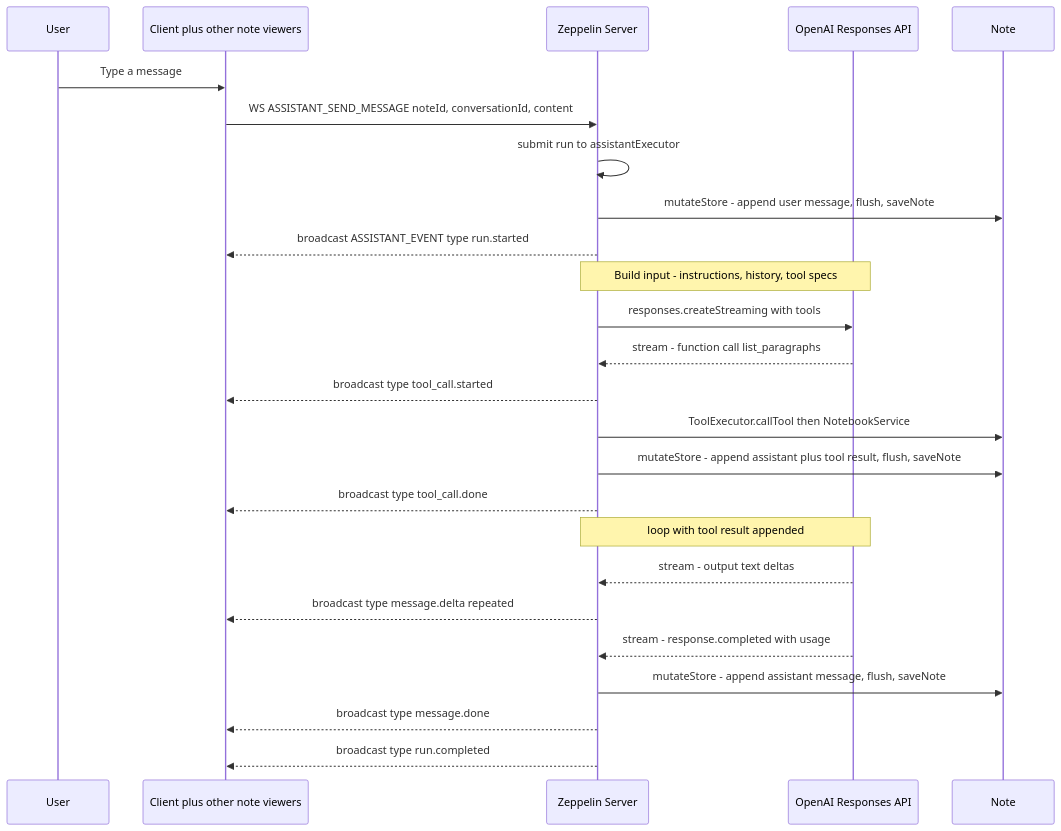
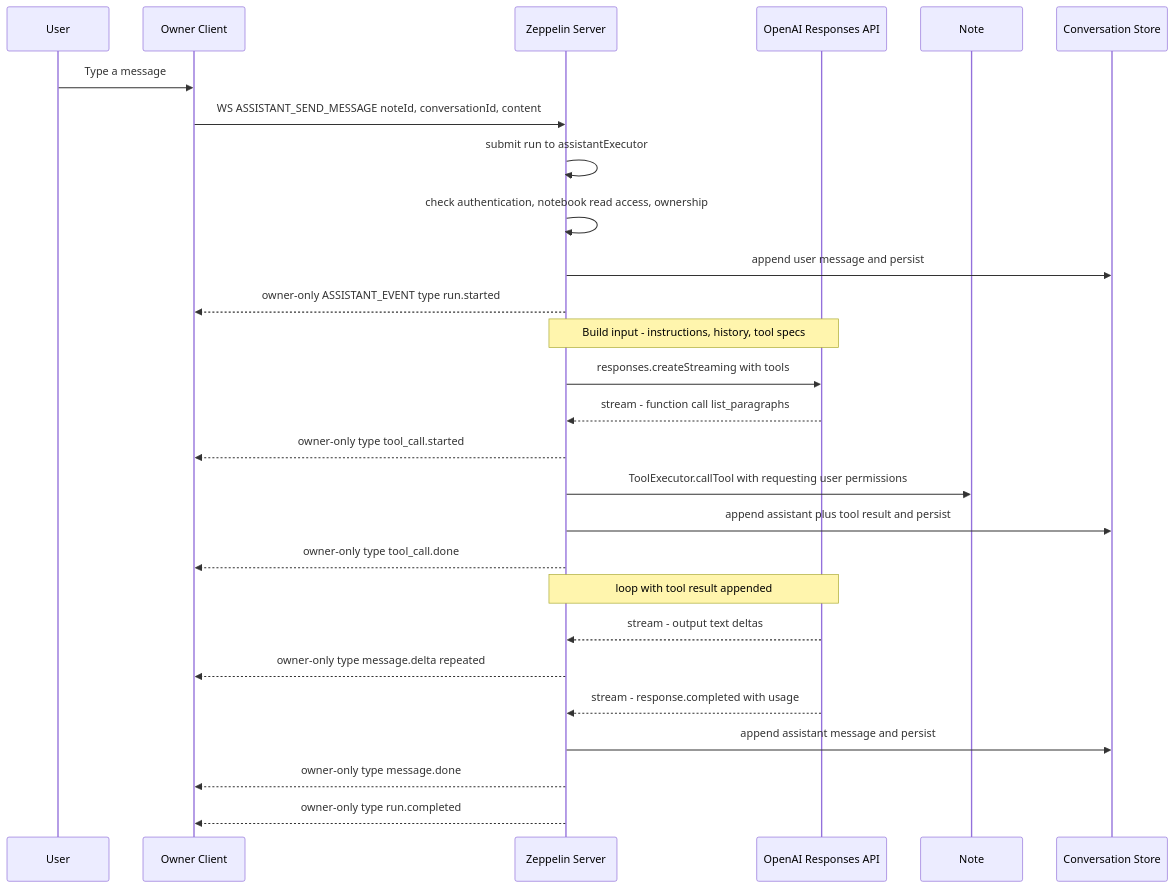
The second of 3 diagrams in docs/notebook-assistant-ssd.md (seung-00/zeppelin), drawn with Mermaid before and after one commit. The commit also changed other lines of this file and 1 other file, not shown here.

````diff
--- a/docs/notebook-assistant-ssd.md
+++ b/docs/notebook-assistant-ssd.md
@@ -235,32 +250,34 @@
 ```mermaid
 sequenceDiagram
     participant U as User
-    participant C as Client plus other note viewers
+    participant C as Owner Client
     participant S as Zeppelin Server
     participant O as OpenAI Responses API
     participant N as Note
+    participant D as Conversation Store
 
     U->>C: Type a message
     C->>S: WS ASSISTANT_SEND_MESSAGE noteId, conversationId, content
     S->>S: submit run to assistantExecutor
-    S->>N: mutateStore - append user message, flush, saveNote
-    S-->>C: broadcast ASSISTANT_EVENT type run.started
+    S->>S: check authentication, notebook read access, ownership
+    S->>D: append user message and persist
+    S-->>C: owner-only ASSISTANT_EVENT type run.started
 
     Note over S,O: Build input - instructions, history, tool specs
     S->>O: responses.createStreaming with tools
 
     O-->>S: stream - function call list_paragraphs
-    S-->>C: broadcast type tool_call.started
-    S->>N: ToolExecutor.callTool then NotebookService
-    S->>N: mutateStore - append assistant plus tool result, flush, saveNote
-    S-->>C: broadcast type tool_call.done
+    S-->>C: owner-only type tool_call.started
+    S->>N: ToolExecutor.callTool with requesting user permissions
+    S->>D: append assistant plus tool result and persist
+    S-->>C: owner-only type tool_call.done
 
     Note over S,O: loop with tool result appended
     O-->>S: stream - output text deltas
-    S-->>C: broadcast type message.delta repeated
+    S-->>C: owner-only type message.delta repeated
 
     O-->>S: stream - response.completed with usage
-    S->>N: mutateStore - append assistant message, flush, saveNote
-    S-->>C: broadcast type message.done
-    S-->>C: broadcast type run.completed
+    S->>D: append assistant message and persist
+    S-->>C: owner-only type message.done
+    S-->>C: owner-only type run.completed
 ```
````
